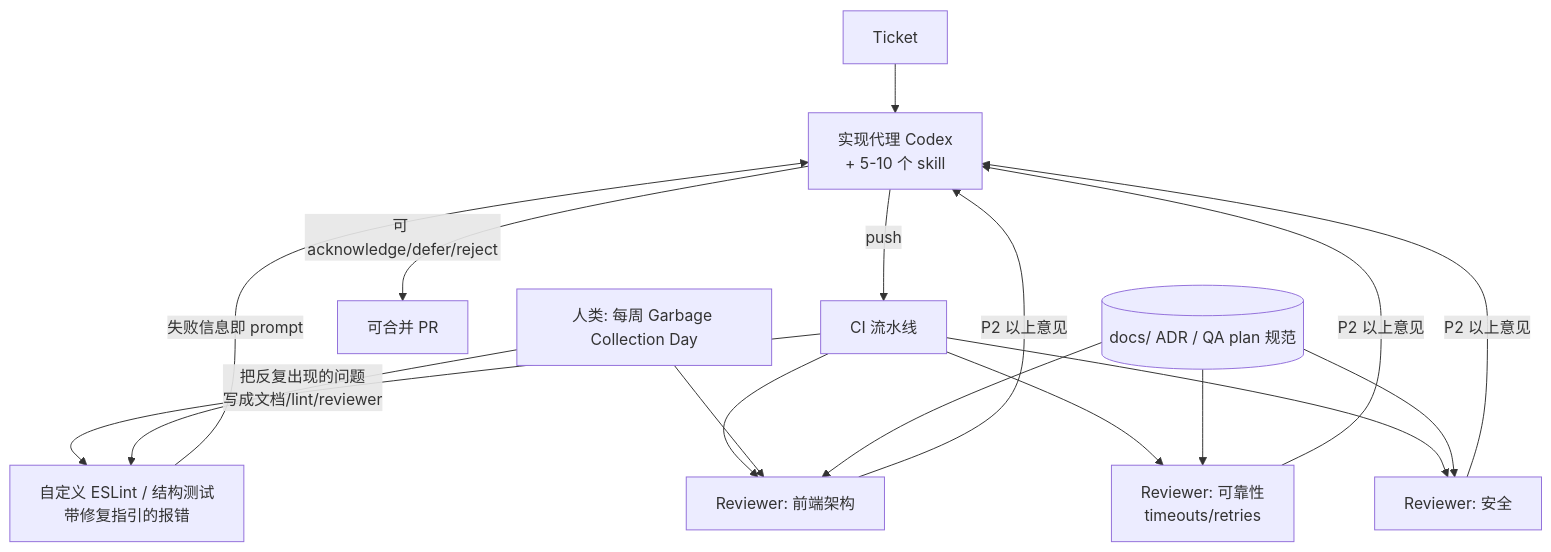
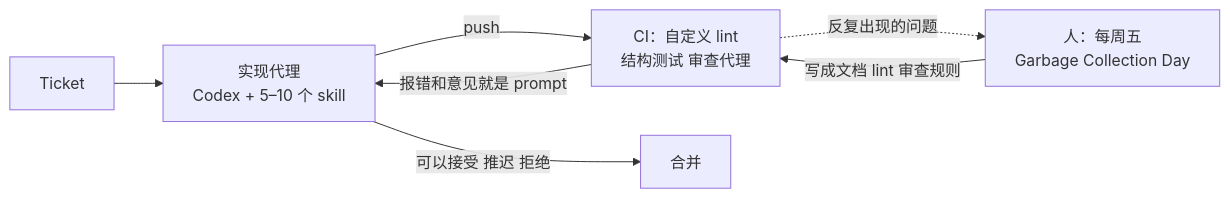
One commit to yzw7489757/ai-coding-videos changed the diagram in docs/07-harness-engineering.md. Above: the diagram before and after it, drawn with Mermaid. The commit also changed other lines of this file and 9 other files, not shown here.

````diff
--- a/docs/07-harness-engineering.md
+++ b/docs/07-harness-engineering.md
@@ -114,19 +56,9 @@
 ```mermaid
-graph TD
-    T[Ticket] --> I[实现代理 Codex<br/>+ 5-10 个 skill]
-    I -->|push| CI[CI 流水线]
-    CI --> L[自定义 ESLint / 结构测试<br/>带修复指引的报错]
-    CI --> R1[Reviewer: 前端架构]
-    CI --> R2[Reviewer: 可靠性<br/>timeouts/retries]
-    CI --> R3[Reviewer: 安全]
-    L -->|失败信息即 prompt| I
-    R1 -->|P2 以上意见| I
-    R2 -->|P2 以上意见| I
-    R3 -->|P2 以上意见| I
-    I -->|可 acknowledge/defer/reject| PR[可合并 PR]
-    H[人类: 每周 Garbage Collection Day] -->|把反复出现的问题<br/>写成文档/lint/reviewer| L
-    H --> R1
-    D[(docs/ ADR / QA plan 规范)] --> R1
-    D --> R2
-    D --> R3
+flowchart LR
+    T["Ticket"] --> I["实现代理<br/>Codex + 5–10 个 skill"]
+    I -->|"push"| CI["CI：自定义 lint<br/>结构测试 审查代理"]
+    CI -->|"报错和意见就是 prompt"| I
+    I -->|"可以接受 推迟 拒绝"| PR["合并"]
+    CI -.->|"反复出现的问题"| H["人：每周五<br/>Garbage Collection Day"]
+    H -->|"写成文档 lint 审查规则"| CI
 ```
````
